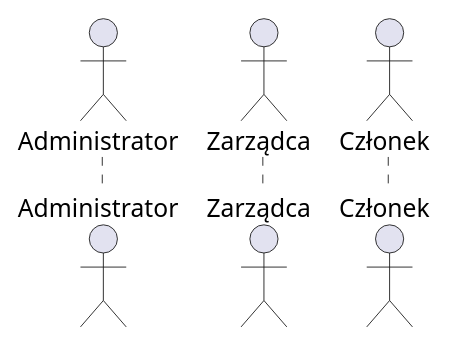
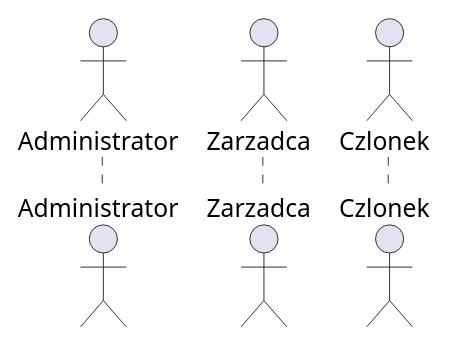
The diagram in docs/use_cases.md (wesolutki/voter), drawn with PlantUML before and after one commit.

```diff
--- a/docs/use_cases.md
+++ b/docs/use_cases.md
@@ -3,5 +3,5 @@
 {% plantuml %}
 actor Administrator
-actor Zarządca
-actor Członek
+actor Zarzadca
+actor Czlonek
 {% endplantuml %}
```
